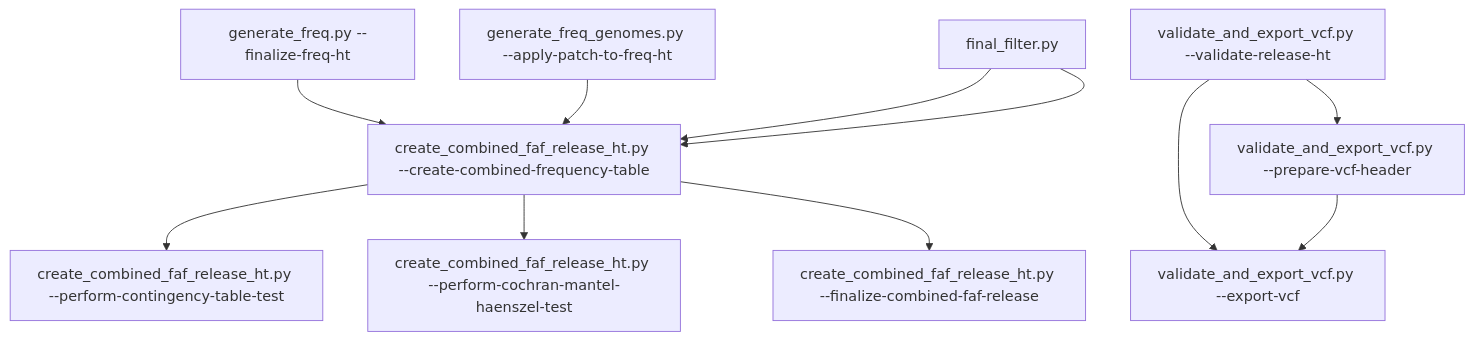
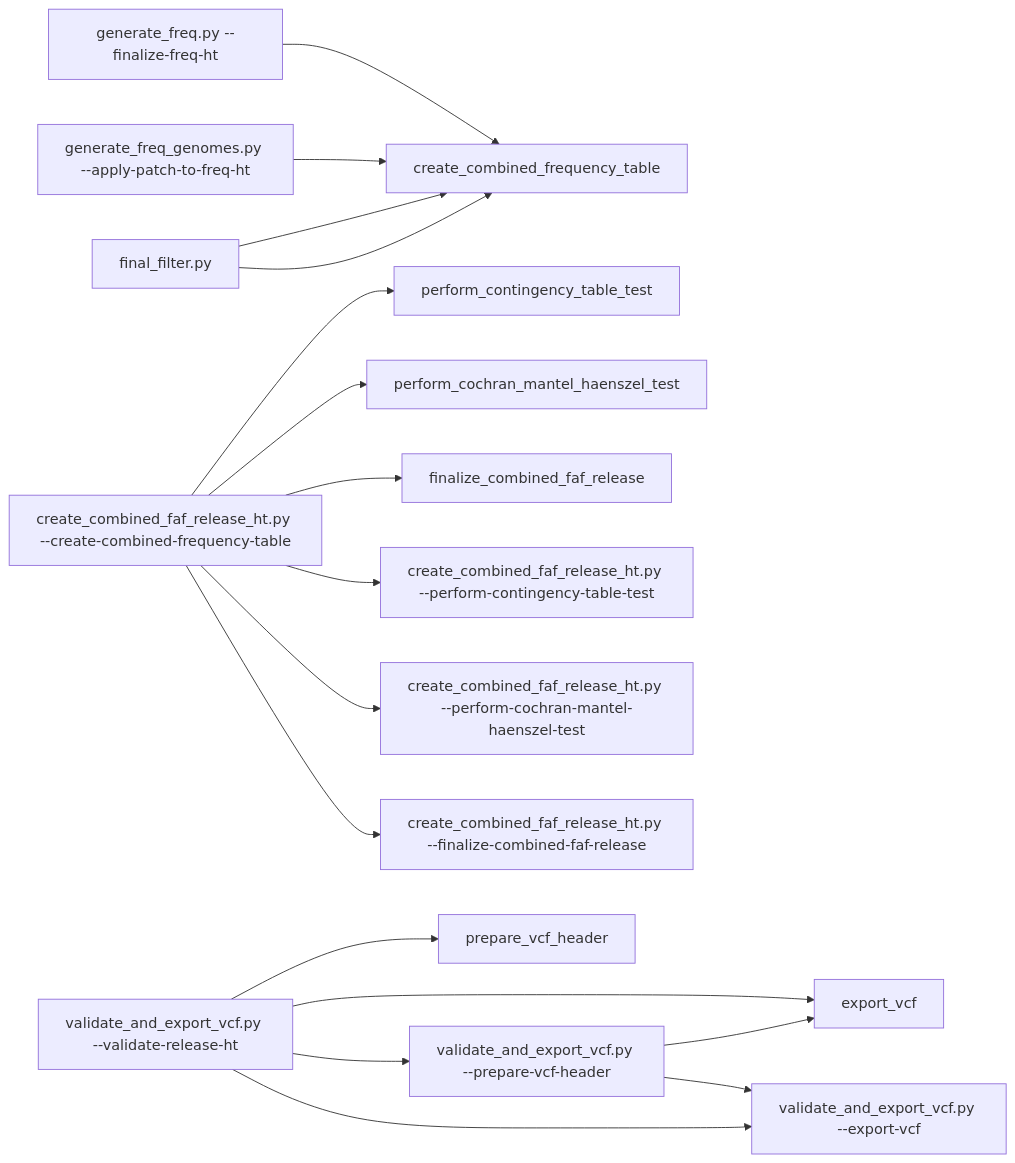
Before and after one commit to broadinstitute/gnomad_qc: the fifth of 18 diagrams in test_flowchart.md, drawn with Mermaid. The commit also changed other lines of this file, not shown here.

Commit message:
Test adding color and links to functions

````diff
--- a/test_flowchart.md
+++ b/test_flowchart.md
@@ -82,13 +134,21 @@
 ```mermaid
-flowchart TD;
-  finalize-freq-ht["generate_freq.py --finalize-freq-ht"] --> create-combined-frequency-table["create_combined_faf_release_ht.py --create-combined-frequency-table"];
-  apply-patch-to-freq-ht["generate_freq_genomes.py --apply-patch-to-freq-ht"] --> create-combined-frequency-table["create_combined_faf_release_ht.py --create-combined-frequency-table"];
-  final_filter.py["final_filter.py"] --> create-combined-frequency-table["create_combined_faf_release_ht.py --create-combined-frequency-table"];
-  final_filter.py["final_filter.py"] --> create-combined-frequency-table["create_combined_faf_release_ht.py --create-combined-frequency-table"];
+flowchart LR;
+  classDef node_color fill:#BE4603
+
+  finalize-freq-ht["generate_freq.py --finalize-freq-ht"] --> create_combined_frequency_table["create_combined_frequency_table"];
+  apply-patch-to-freq-ht["generate_freq_genomes.py --apply-patch-to-freq-ht"] --> create_combined_frequency_table["create_combined_frequency_table"];
+  final_filter.py["final_filter.py"] --> create_combined_frequency_table["create_combined_frequency_table"];
+  final_filter.py["final_filter.py"] --> create_combined_frequency_table["create_combined_frequency_table"];
+  create-combined-frequency-table["create_combined_faf_release_ht.py --create-combined-frequency-table"] --> perform_contingency_table_test["perform_contingency_table_test"];
+  create-combined-frequency-table["create_combined_faf_release_ht.py --create-combined-frequency-table"] --> perform_cochran_mantel_haenszel_test["perform_cochran_mantel_haenszel_test"];
+  create-combined-frequency-table["create_combined_faf_release_ht.py --create-combined-frequency-table"] --> finalize_combined_faf_release["finalize_combined_faf_release"];
   create-combined-frequency-table["create_combined_faf_release_ht.py --create-combined-frequency-table"] --> perform-contingency-table-test["create_combined_faf_release_ht.py --perform-contingency-table-test"];
   create-combined-frequency-table["create_combined_faf_release_ht.py --create-combined-frequency-table"] --> perform-cochran-mantel-haenszel-test["create_combined_faf_release_ht.py --perform-cochran-mantel-haenszel-test"];
   create-combined-frequency-table["create_combined_faf_release_ht.py --create-combined-frequency-table"] --> finalize-combined-faf-release["create_combined_faf_release_ht.py --finalize-combined-faf-release"];
+  validate-release-ht["validate_and_export_vcf.py --validate-release-ht"] --> prepare_vcf_header["prepare_vcf_header"];
+  validate-release-ht["validate_and_export_vcf.py --validate-release-ht"] --> export_vcf["export_vcf"];
+  prepare-vcf-header["validate_and_export_vcf.py --prepare-vcf-header"] --> export_vcf["export_vcf"];
   validate-release-ht["validate_and_export_vcf.py --validate-release-ht"] --> prepare-vcf-header["validate_and_export_vcf.py --prepare-vcf-header"];
+  prepare-vcf-header["validate_and_export_vcf.py --prepare-vcf-header"] --> export-vcf["validate_and_export_vcf.py --export-vcf"];
   validate-release-ht["validate_and_export_vcf.py --validate-release-ht"] --> export-vcf["validate_and_export_vcf.py --export-vcf"];
-  prepare-vcf-header["validate_and_export_vcf.py --prepare-vcf-header"] --> export-vcf["validate_and_export_vcf.py --export-vcf"];
 ```
````
